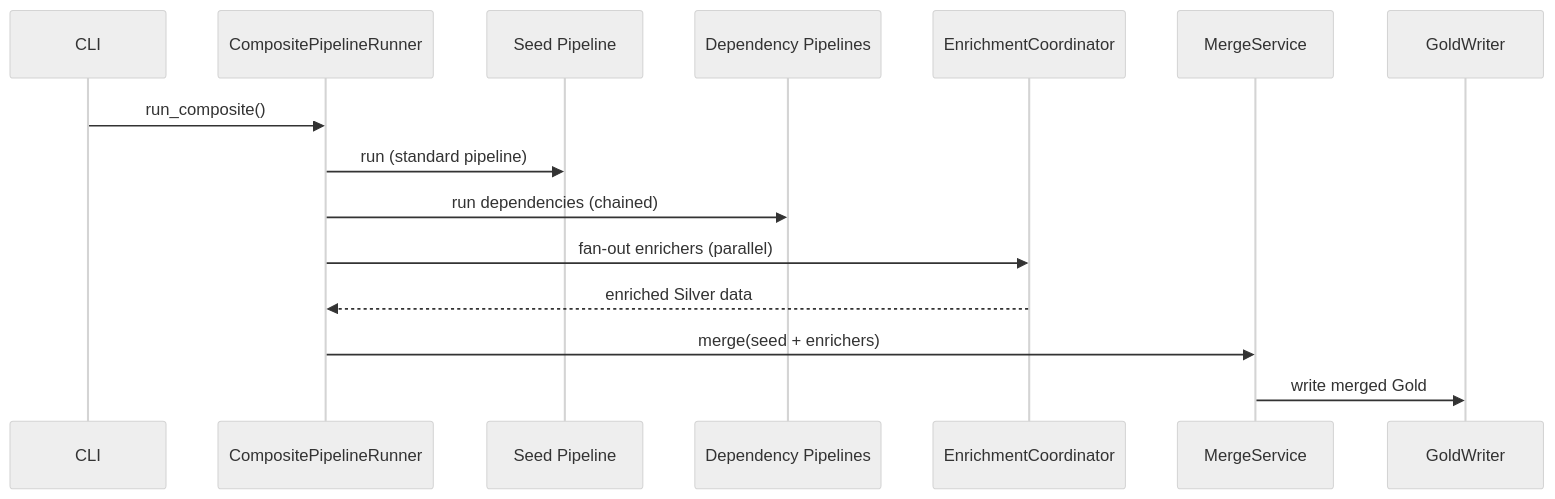
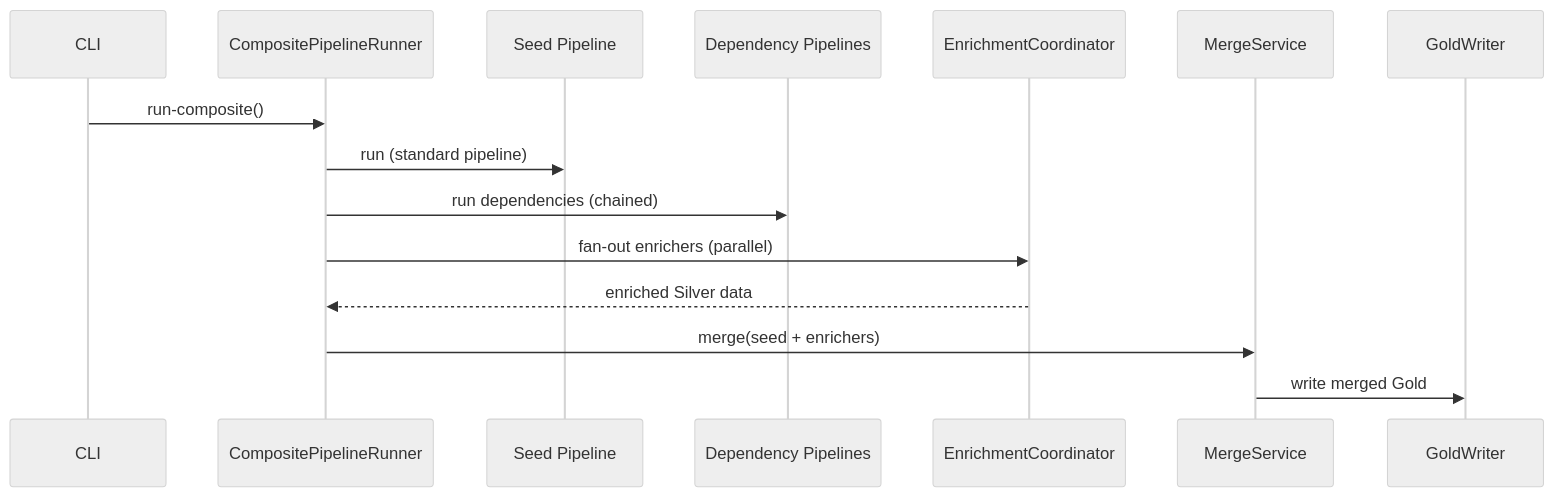
Before and after one commit to SatoryKono/BioactivityDataAcquisition: the second of 2 diagrams in docs/03-guides/pipeline-lifecycle.md, drawn with Mermaid (neutral theme). The commit also changed other lines of this file and 311 other files, not shown here.

````diff
--- a/docs/03-guides/pipeline-lifecycle.md
+++ b/docs/03-guides/pipeline-lifecycle.md
@@ -108,18 +108,18 @@
 ```mermaid
 sequenceDiagram
     participant CLI
     participant Composite as CompositePipelineRunner
     participant Seed as Seed Pipeline
     participant Deps as Dependency Pipelines
     participant Enrichers as EnrichmentCoordinator
     participant Merge as MergeService
     participant Gold as GoldWriter
 
-    CLI->>Composite: run_composite()
+    CLI->>Composite: run-composite()
     Composite->>Seed: run (standard pipeline)
     Composite->>Deps: run dependencies (chained)
     Composite->>Enrichers: fan-out enrichers (parallel)
     Enrichers-->>Composite: enriched Silver data
     Composite->>Merge: merge(seed + enrichers)
     Merge->>Gold: write merged Gold
 ```
````
